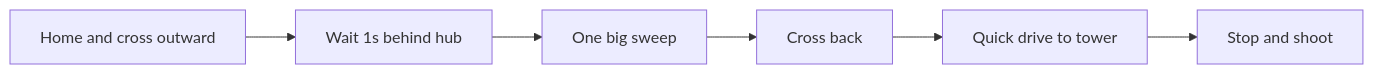
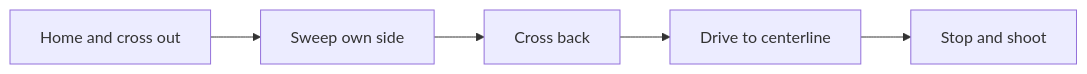
Before and after one commit to team581/offseason-2026: the first of 2 diagrams in docs/offseason_bot/autos.md, drawn with Mermaid. The commit also changed other lines of this file and 7 other files, not shown here.

````diff
--- a/docs/offseason_bot/autos.md
+++ b/docs/offseason_bot/autos.md
@@ -24,5 +24,5 @@
 ```mermaid
 flowchart LR
-    A[Home and cross outward] --> B[Wait 1s behind hub] --> C[One big sweep] --> D[Cross back]
-    D --> E[Quick drive to tower] --> F[Stop and shoot]
+    A[Home and cross out] --> B[Sweep own side] --> C[Cross back]
+    C --> D[Drive to centerline] --> E[Stop and shoot]
 ```
````
